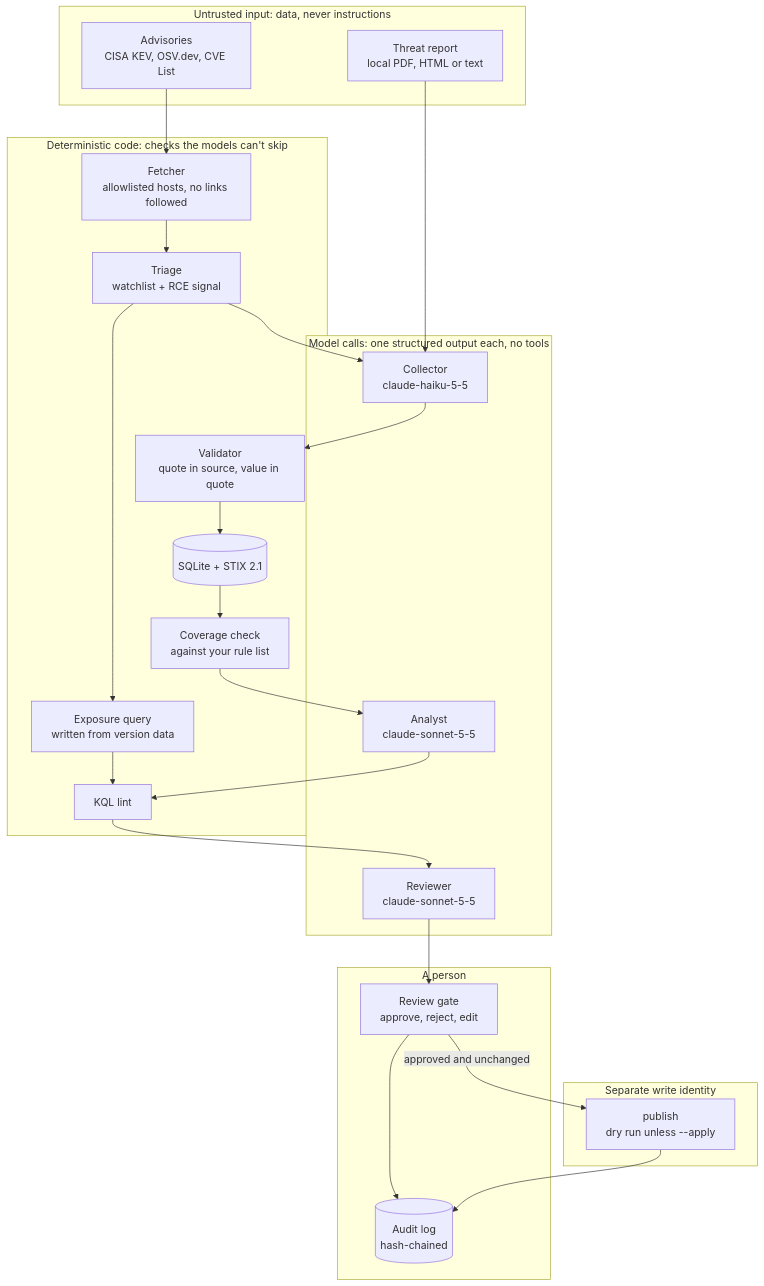
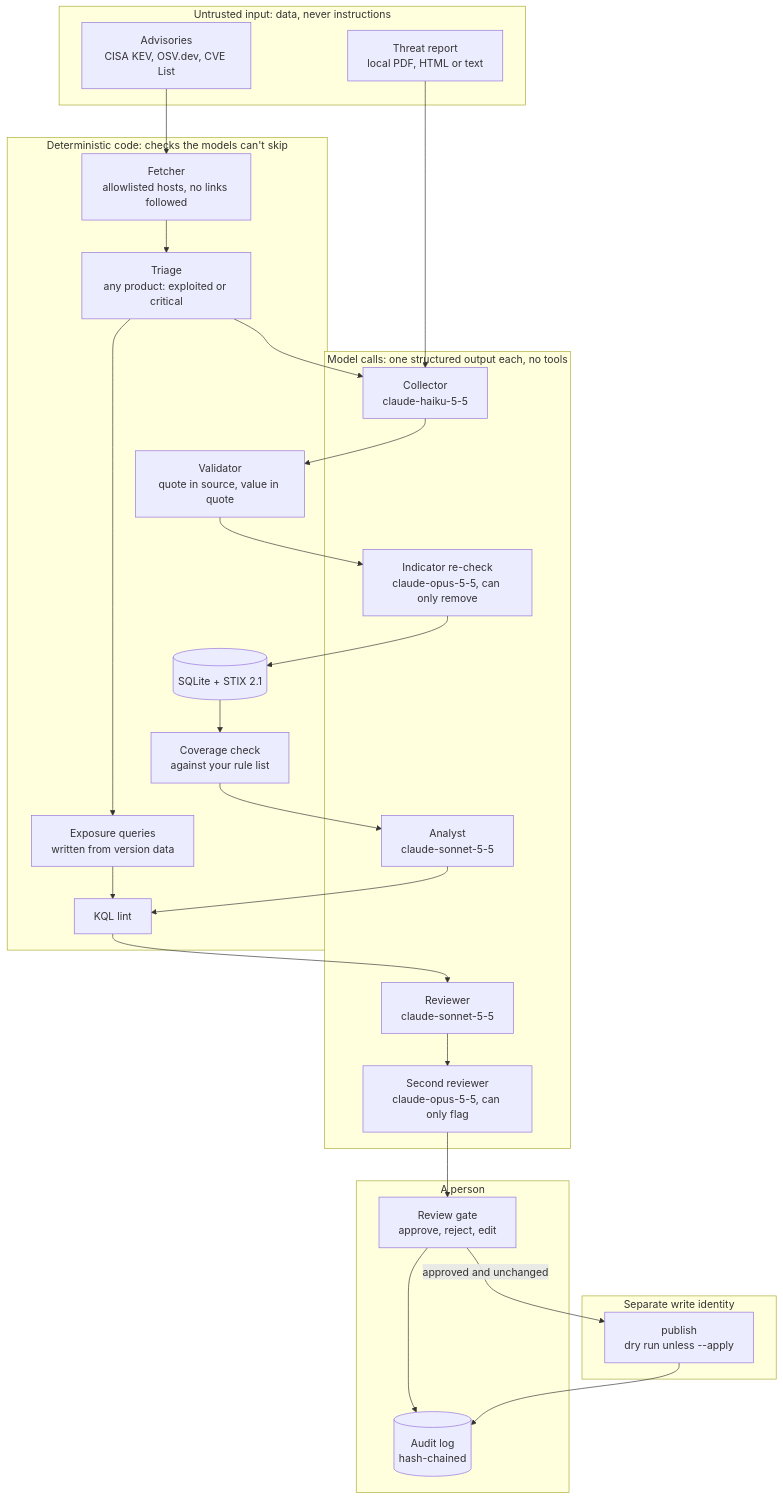
The diagram in README.md (H2oenter/cti-to-detection-agent), drawn with Mermaid before and after one commit. The commit also changed other lines of this file and 13 other files, not shown here.

````diff
--- a/README.md
+++ b/README.md
@@ -20,36 +21,38 @@
 ```mermaid
 flowchart TB
     subgraph untrusted["Untrusted input: data, never instructions"]
         report["Threat report<br/>local PDF, HTML or text"]
         feeds["Advisories<br/>CISA KEV, OSV.dev, CVE List"]
     end
     subgraph models["Model calls: one structured output each, no tools"]
         collector["Collector<br/>claude-haiku-5-5"]
+        recheck["Indicator re-check<br/>claude-opus-5-5, can only remove"]
         analyst["Analyst<br/>claude-sonnet-5-5"]
         reviewer["Reviewer<br/>claude-sonnet-5-5"]
+        reviewer2["Second reviewer<br/>claude-opus-5-5, can only flag"]
     end
     subgraph checks["Deterministic code: checks the models can't skip"]
         fetcher["Fetcher<br/>allowlisted hosts, no links followed"]
-        triage["Triage<br/>watchlist + RCE signal"]
+        triage["Triage<br/>any product: exploited or critical"]
         validator["Validator<br/>quote in source, value in quote"]
         store[("SQLite + STIX 2.1")]
         coverage["Coverage check<br/>against your rule list"]
-        exposure["Exposure query<br/>written from version data"]
+        exposure["Exposure queries<br/>written from version data"]
         lint["KQL lint"]
     end
     subgraph people["A person"]
         gate["Review gate<br/>approve, reject, edit"]
         auditlog[("Audit log<br/>hash-chained")]
     end
     subgraph writer["Separate write identity"]
         publish["publish<br/>dry run unless --apply"]
     end
-    report --> collector --> validator --> store --> coverage --> analyst
+    report --> collector --> validator --> recheck --> store --> coverage --> analyst
     feeds --> fetcher --> triage
     triage --> collector
     triage --> exposure --> lint
-    analyst --> lint --> reviewer --> gate
+    analyst --> lint --> reviewer --> reviewer2 --> gate
     gate --> auditlog
     gate -- "approved and unchanged" --> publish
     publish --> auditlog
 ```
````
